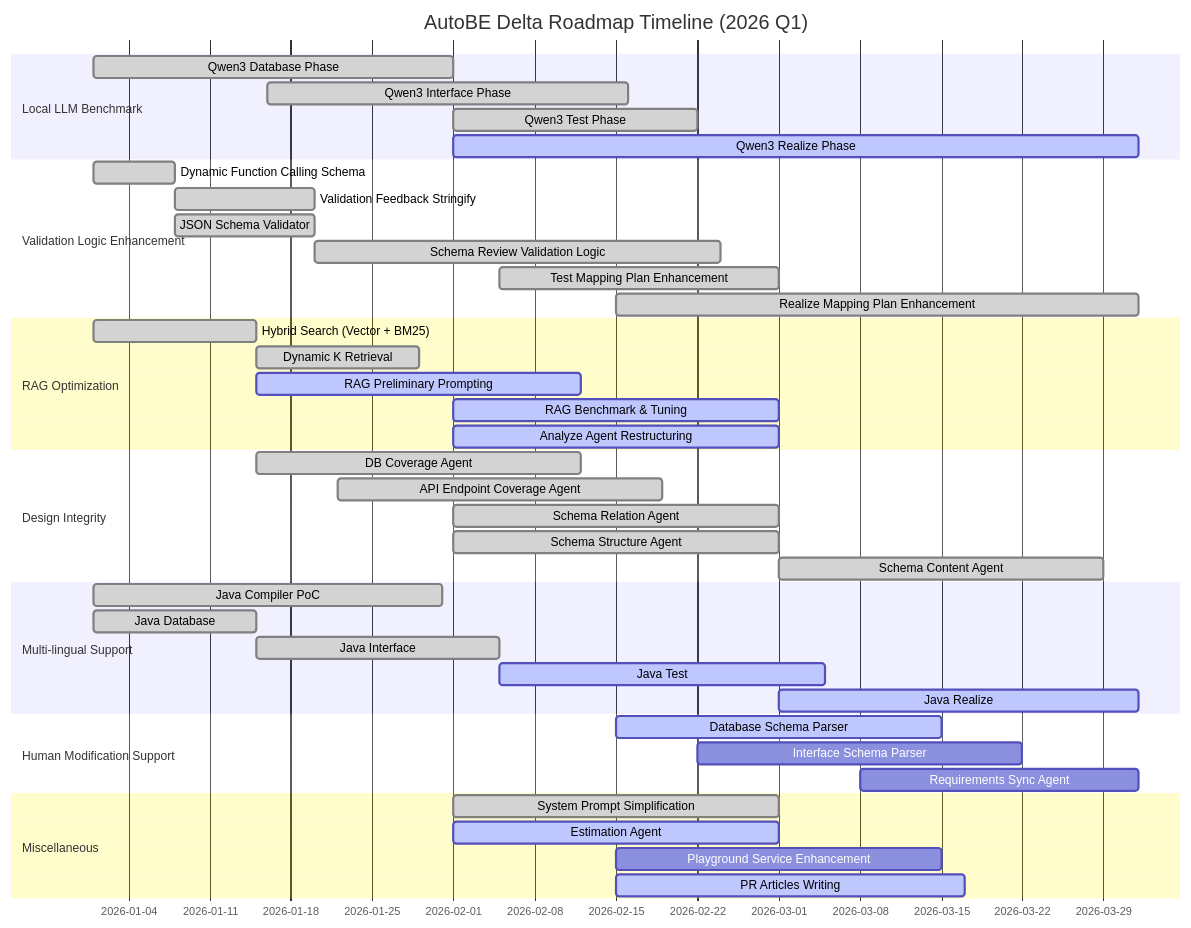
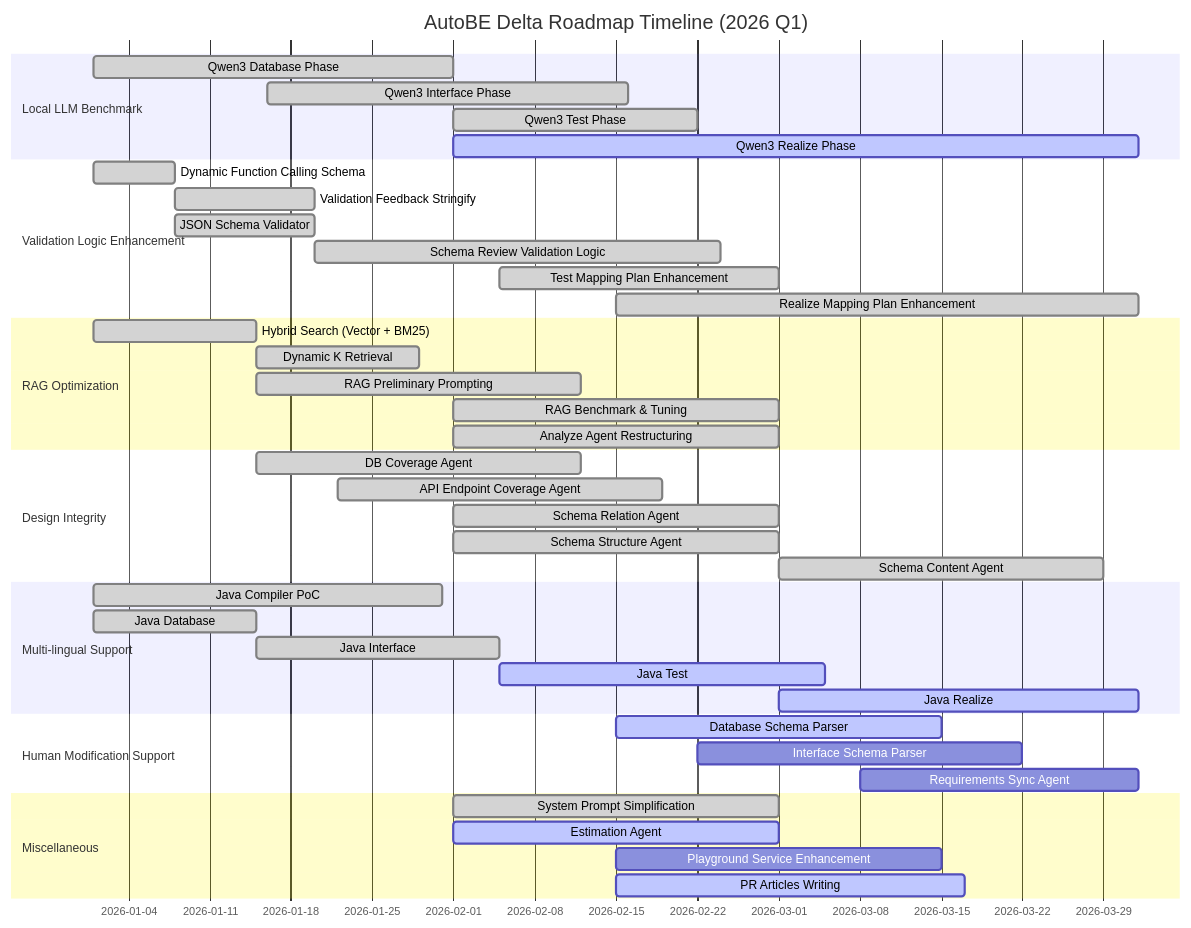
One commit to RavenView-ai/autobe changed the diagram in website/src/template/diagrams/AutoBeDeltaRoadmap.mdx. Above: the diagram before and after it, drawn with Mermaid. The commit also changed 20 other files, not shown here.

First line of the commit message:
feat(agent): integrate interface schema review agents. (#1143)

````diff
--- a/website/src/template/diagrams/AutoBeDeltaRoadmap.mdx
+++ b/website/src/template/diagrams/AutoBeDeltaRoadmap.mdx
@@ -1,51 +1,51 @@
 ```mermaid
 gantt
   dateFormat YYYY-MM-DD
   title AutoBE Delta Roadmap Timeline (2026 Q1)
 
   section Local LLM Benchmark
   Qwen3 Database Phase             : done,    2026-01-01, 31d
   Qwen3 Interface Phase            : done,    2026-01-16, 31d
   Qwen3 Test Phase                 : done,    2026-02-01, 21d
   Qwen3 Realize Phase              : active,  2026-02-01, 59d
 
   section Validation Logic Enhancement
   Dynamic Function Calling Schema  : done, 2026-01-01, 7d
   Validation Feedback Stringify    : done, 2026-01-08, 12d
   JSON Schema Validator            : done, 2026-01-08, 12d
   Schema Review Validation Logic   : done, 2026-01-20, 35d
   Test Mapping Plan Enhancement    : done, 2026-02-05, 24d
   Realize Mapping Plan Enhancement : done, 2026-02-15, 45d
 
   section RAG Optimization
-  Hybrid Search (Vector + BM25)    : done,   2026-01-01, 14d
-  Dynamic K Retrieval              : done,   2026-01-15, 14d
-  RAG Preliminary Prompting        : active, 2026-01-15, 28d
-  RAG Benchmark & Tuning           : active, 2026-02-01, 28d
-  Analyze Agent Restructuring      : active, 2026-02-01, 28d
+  Hybrid Search (Vector + BM25)    : done, 2026-01-01, 14d
+  Dynamic K Retrieval              : done, 2026-01-15, 14d
+  RAG Preliminary Prompting        : done, 2026-01-15, 28d
+  RAG Benchmark & Tuning           : done, 2026-02-01, 28d
+  Analyze Agent Restructuring      : done, 2026-02-01, 28d
 
   section Design Integrity
   DB Coverage Agent                : done, 2026-01-15, 28d
   API Endpoint Coverage Agent      : done, 2026-01-22, 28d
   Schema Relation Agent            : done, 2026-02-01, 28d
   Schema Structure Agent           : done, 2026-02-01, 28d
   Schema Content Agent             : done, 2026-03-01, 28d
 
   section Multi-lingual Support
   Java Compiler PoC                : done,   2026-01-01, 30d
   Java Database                    : done,   2026-01-01, 14d
   Java Interface                   : done,   2026-01-15, 21d
   Java Test                        : active, 2026-02-05, 28d
   Java Realize                     : active, 2026-03-01, 31d
 
   section Human Modification Support
   Database Schema Parser           : active,  2026-02-15, 28d
   Interface Schema Parser          : planned, 2026-02-22, 28d
   Requirements Sync Agent          : planned, 2026-03-08, 24d
 
   section Miscellaneous
   System Prompt Simplification     : done,    2026-02-01, 28d
   Estimation Agent                 : active,  2026-02-01, 28d
   Playground Service Enhancement   : planned, 2026-02-15, 28d
   PR Articles Writing              : active,  2026-02-15, 30d
 ```
````
